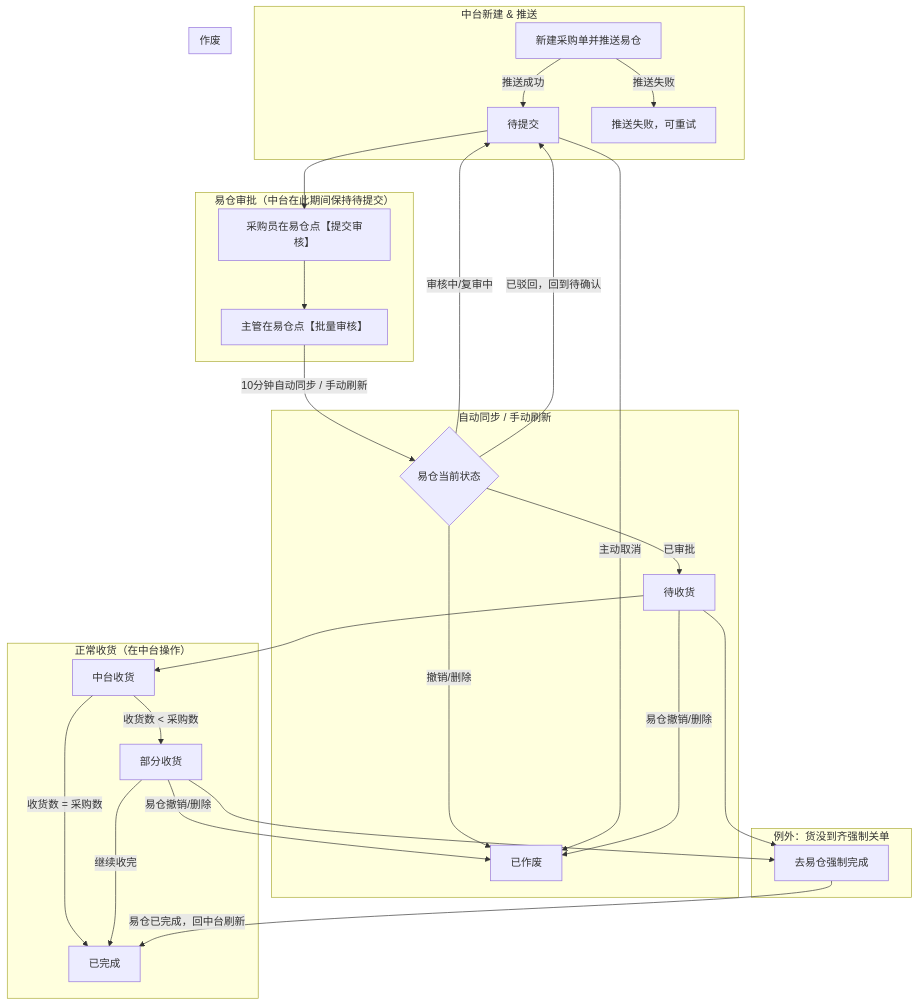
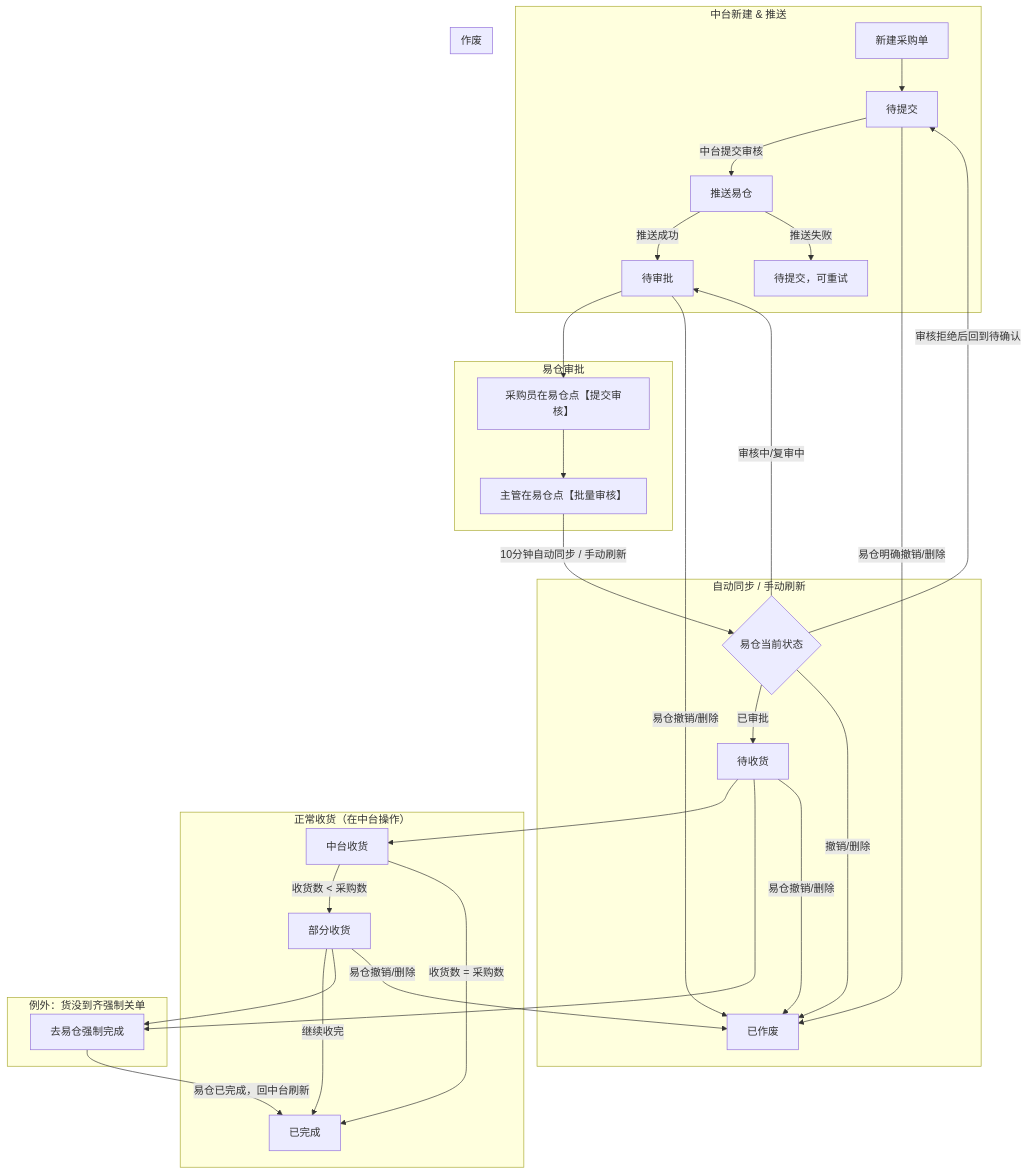
One commit to heiquanrenheiquanren-lab/Middle-Platform-Pages changed the second of 3 diagrams in docs/BUSINESS_LOGIC.md. Above: the diagram before and after it, drawn with Mermaid. The commit also changed other lines of this file and 27 other files, not shown here.

````diff
--- a/docs/BUSINESS_LOGIC.md
+++ b/docs/BUSINESS_LOGIC.md
@@ -343,39 +346,42 @@
 ```mermaid
 flowchart TD
     subgraph "中台新建 & 推送"
-        A[新建采购单并推送易仓] -->|推送成功| B[待提交]
-        A -->|推送失败| F[推送失败，可重试]
+        A[新建采购单] --> B[待提交]
+        B -->|中台提交审核| C[推送易仓]
+        C -->|推送成功| D[待审批]
+        C -->|推送失败| F[待提交，可重试]
     end
 
-    subgraph "易仓审批（中台在此期间保持待提交）"
-        B --> C[采购员在易仓点【提交审核】]
-        C --> D[主管在易仓点【批量审核】]
+    subgraph "易仓审批"
+        D --> E[采购员在易仓点【提交审核】]
+        E --> G[主管在易仓点【批量审核】]
     end
 
     subgraph "自动同步 / 手动刷新"
-        D -->|10分钟自动同步 / 手动刷新| E{易仓当前状态}
-        E -->|已审批| G[待收货]
-        E -->|审核中/复审中| B
-        E -->|已驳回，回到待确认| B
-        E -->|撤销/删除| H[已作废]
+        G -->|10分钟自动同步 / 手动刷新| H{易仓当前状态}
+        H -->|审核中/复审中| D
+        H -->|已审批| I[待收货]
+        H -->|审核拒绝后回到待确认| B
+        H -->|撤销/删除| J[已作废]
     end
 
     subgraph "正常收货（在中台操作）"
-        G --> I[中台收货]
-        I -->|收货数 < 采购数| J[部分收货]
-        I -->|收货数 = 采购数| K[已完成]
-        J -->|继续收完| K
+        I --> K[中台收货]
+        K -->|收货数 < 采购数| L[部分收货]
+        K -->|收货数 = 采购数| M[已完成]
+        L -->|继续收完| M
     end
 
     subgraph "例外：货没到齐强制关单"
-        G --> L[去易仓强制完成]
-        J --> L
-        L -->|易仓已完成，回中台刷新| K
+        I --> N[去易仓强制完成]
+        L --> N
+        N -->|易仓已完成，回中台刷新| M
     end
 
     subgraph "作废"
-        B -->|主动取消| H
-        G -->|易仓撤销/删除| H
-        J -->|易仓撤销/删除| H
+        B -->|易仓明确撤销/删除| J
+        D -->|易仓撤销/删除| J
+        I -->|易仓撤销/删除| J
+        L -->|易仓撤销/删除| J
     end
 ```
````
